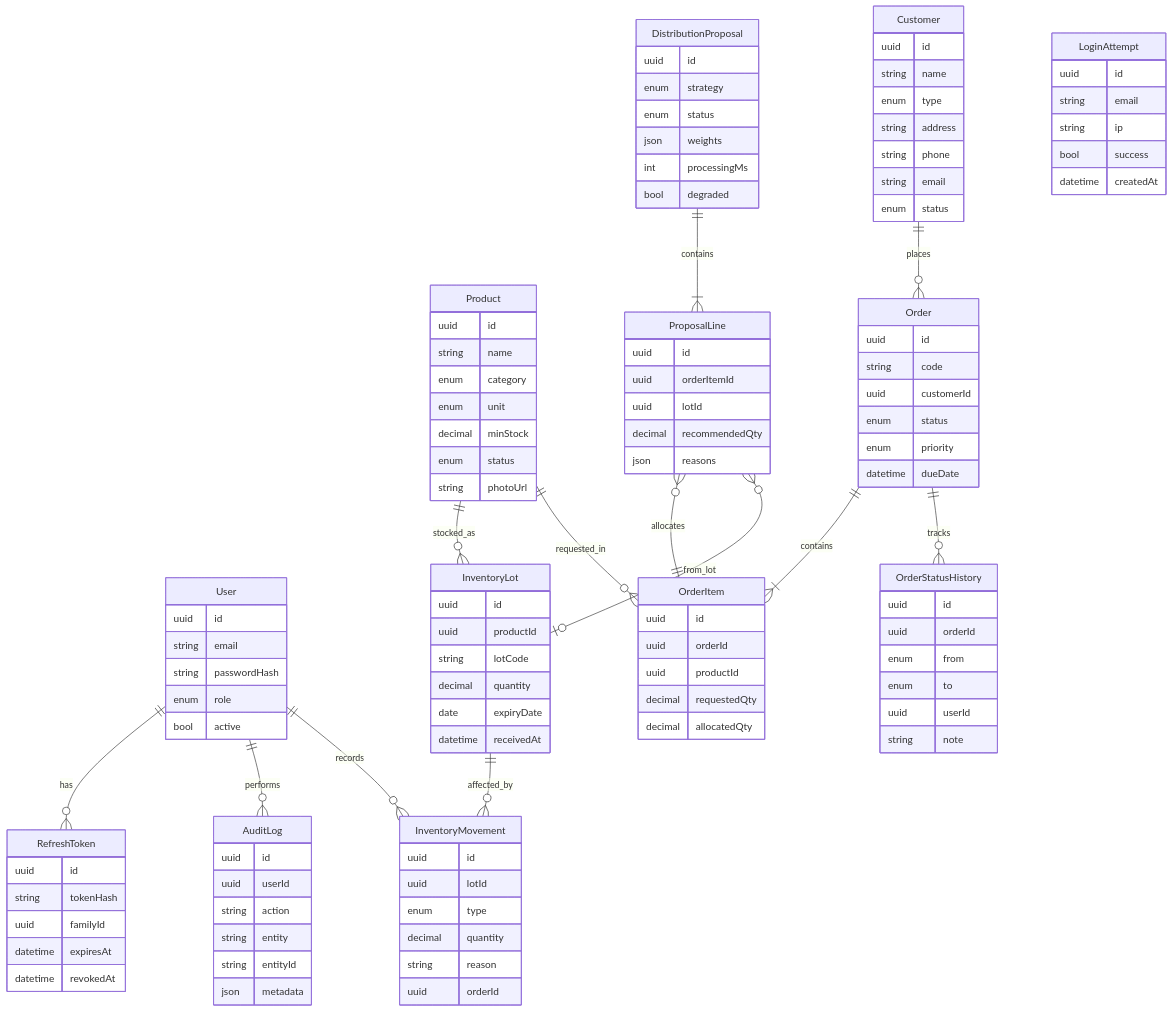
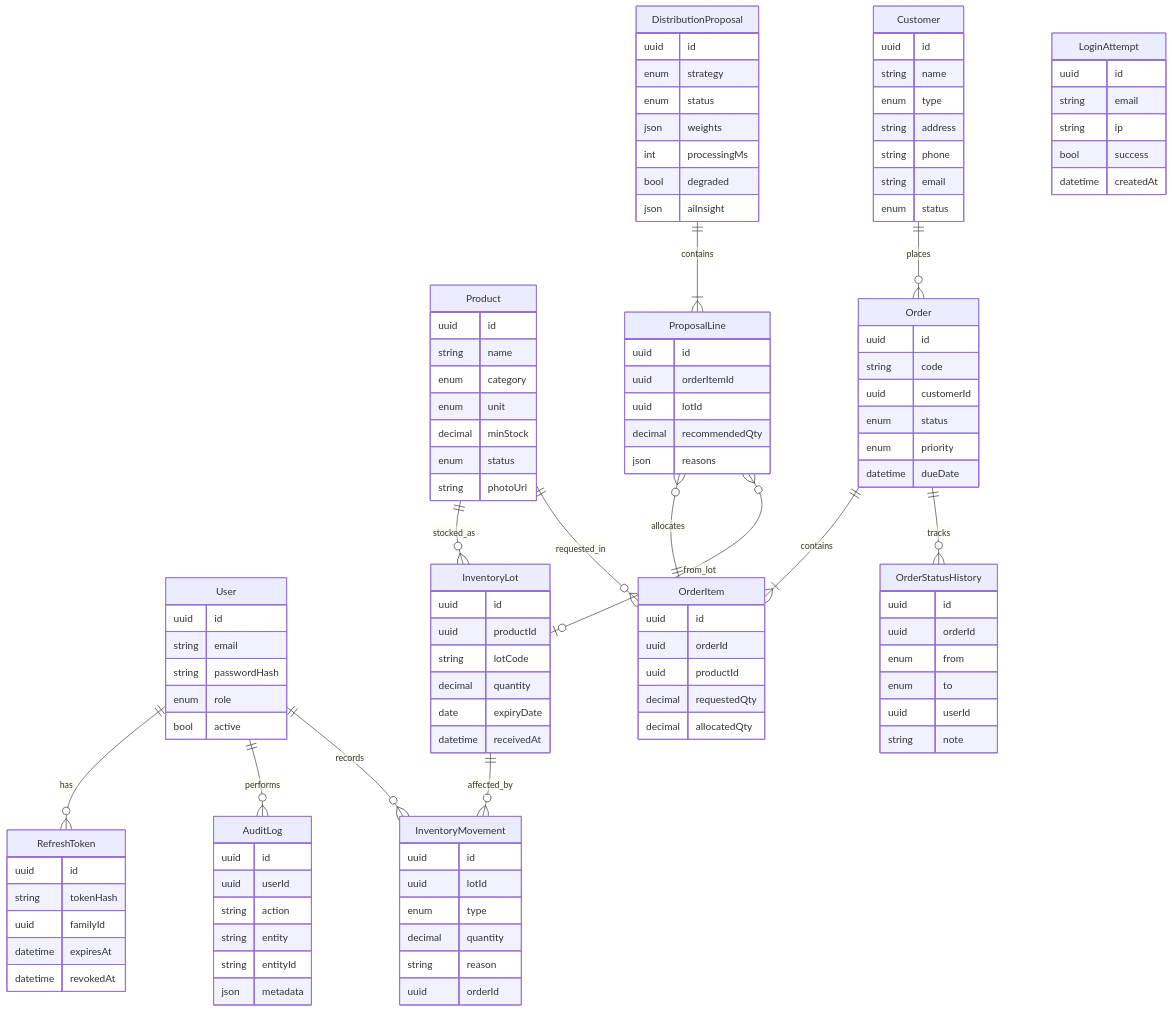
Before and after one commit to Jack-Limas/alimentos-backend: the second of 3 diagrams in docs/api-contract.md, drawn with Mermaid. The commit also changed other lines of this file, not shown here.

Commit message:
docs(contract): document AI_ASSISTED, aiInsight, the /ai endpoints and the backend AI client policy

````diff
--- a/docs/api-contract.md
+++ b/docs/api-contract.md
@@ -53,29 +53,29 @@
 ```mermaid
 erDiagram
   User ||--o{ RefreshToken : has
   User ||--o{ AuditLog : performs
   User ||--o{ InventoryMovement : records
   Product ||--o{ InventoryLot : stocked_as
   InventoryLot ||--o{ InventoryMovement : affected_by
   Customer ||--o{ Order : places
   Order ||--|{ OrderItem : contains
   Product ||--o{ OrderItem : requested_in
   Order ||--o{ OrderStatusHistory : tracks
   DistributionProposal ||--|{ ProposalLine : contains
   ProposalLine }o--|| OrderItem : allocates
   ProposalLine }o--o| InventoryLot : from_lot
 
   User { uuid id string email string passwordHash enum role bool active }
   RefreshToken { uuid id string tokenHash uuid familyId datetime expiresAt datetime revokedAt }
   LoginAttempt { uuid id string email string ip bool success datetime createdAt }
   AuditLog { uuid id uuid userId string action string entity string entityId json metadata }
   Product { uuid id string name enum category enum unit decimal minStock enum status string photoUrl }
   InventoryLot { uuid id uuid productId string lotCode decimal quantity date expiryDate datetime receivedAt }
   InventoryMovement { uuid id uuid lotId enum type decimal quantity string reason uuid orderId }
   Customer { uuid id string name enum type string address string phone string email enum status }
   Order { uuid id string code uuid customerId enum status enum priority datetime dueDate }
   OrderItem { uuid id uuid orderId uuid productId decimal requestedQty decimal allocatedQty }
   OrderStatusHistory { uuid id uuid orderId enum from enum to uuid userId string note }
-  DistributionProposal { uuid id enum strategy enum status json weights int processingMs bool degraded }
+  DistributionProposal { uuid id enum strategy enum status json weights int processingMs bool degraded json aiInsight }
   ProposalLine { uuid id uuid orderItemId uuid lotId decimal recommendedQty json reasons }
 ```
````
